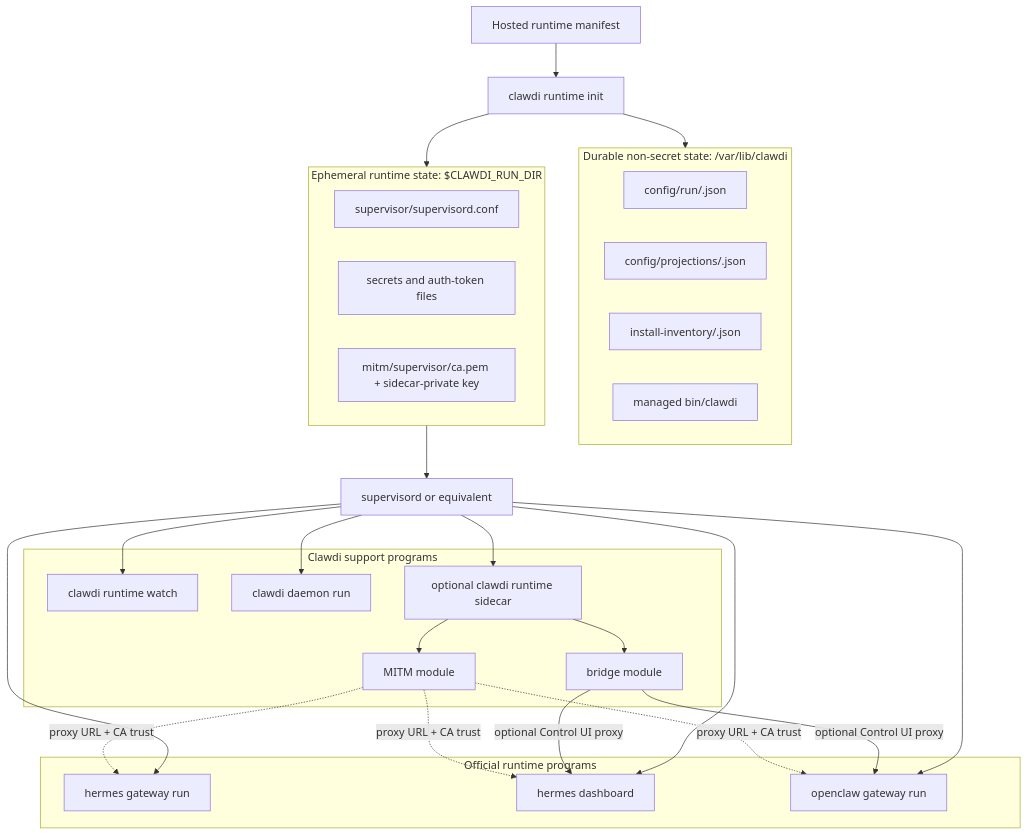
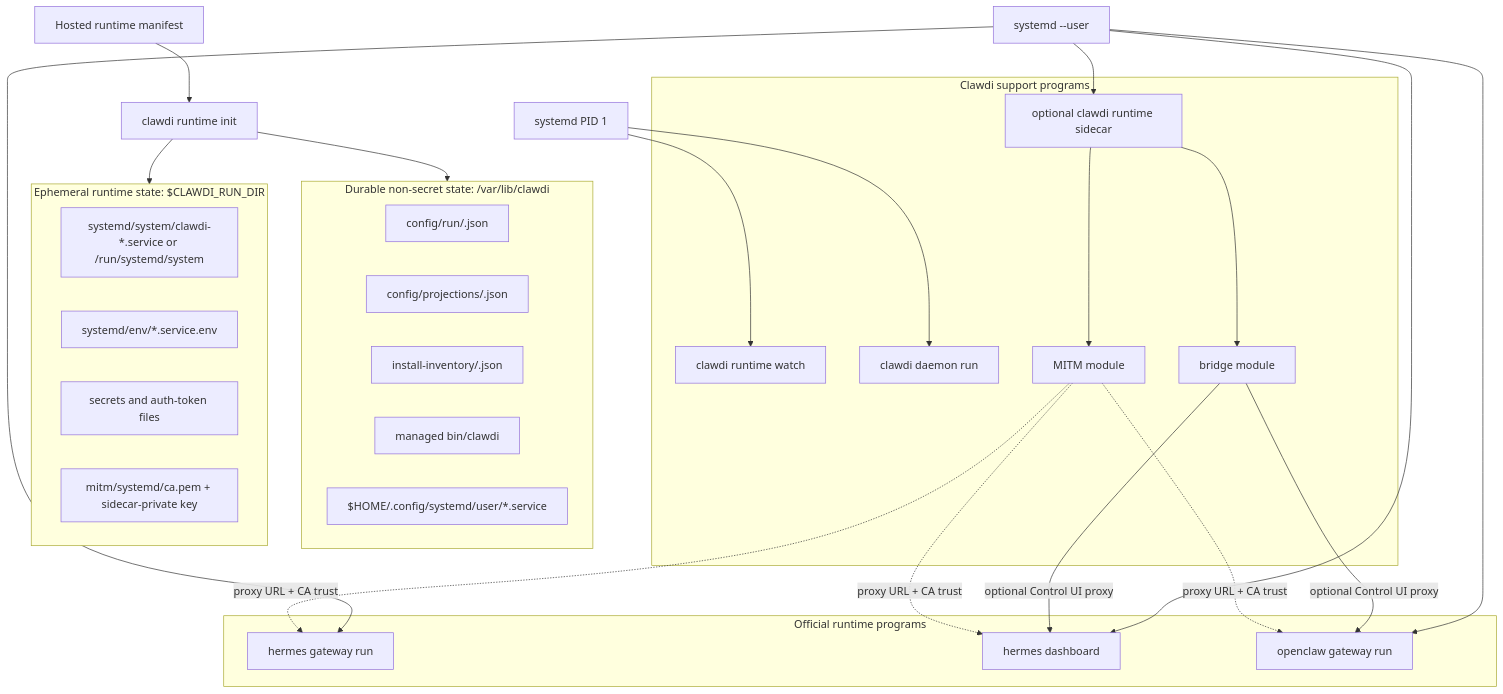
The first of 2 diagrams in docs/managed-runtime.md (Clawdi-AI/clawdi), drawn with Mermaid before and after one commit. The commit also changed other lines of this file and 15 other files, not shown here.

Commit message:
Use official systemd gateway units for hosted runtimes

````diff
--- a/docs/managed-runtime.md
+++ b/docs/managed-runtime.md
@@ -63,49 +65,50 @@
 ```mermaid
 flowchart TB
     CP[Hosted runtime manifest] --> Init[clawdi runtime init]
     Init --> Durable
     Init --> Ephemeral
-    Ephemeral --> Supervisor[supervisord or equivalent]
 
     subgraph Durable["Durable non-secret state: /var/lib/clawdi"]
         RunConfigs[config/run/<runtime>.json]
         Projections[config/projections/<runtime>.json]
         Inventory[install-inventory/<runtime>.json]
         CliBin[managed bin/clawdi]
+        UserUnits[$HOME/.config/systemd/user/*.service]
     end
 
     subgraph Ephemeral["Ephemeral runtime state: $CLAWDI_RUN_DIR"]
-        SupervisorConfig[supervisor/supervisord.conf]
+        SystemUnits[systemd/system/clawdi-*.service or /run/systemd/system]
+        UnitEnv[systemd/env/*.service.env]
         Secrets[secrets and auth-token files]
-        MitmCA[mitm/supervisor/ca.pem + sidecar-private key]
+        MitmCA[mitm/systemd/ca.pem + sidecar-private key]
     end
 
     subgraph Support["Clawdi support programs"]
         Watch[clawdi runtime watch]
         Daemon[clawdi daemon run]
         Sidecar[optional clawdi runtime sidecar]
         Bridge[bridge module]
         Mitm[MITM module]
     end
 
     subgraph Runtime["Official runtime programs"]
         HermesGateway[hermes gateway run]
         HermesDashboard[hermes dashboard]
         OpenClaw[openclaw gateway run]
     end
 
-    Supervisor --> Watch
-    Supervisor --> Daemon
-    Supervisor --> Sidecar
+    Systemd[systemd PID 1] --> Watch
+    Systemd --> Daemon
+    UserSystemd[systemd --user] --> Sidecar
     Sidecar --> Bridge
     Sidecar --> Mitm
-    Supervisor --> HermesGateway
-    Supervisor --> HermesDashboard
-    Supervisor --> OpenClaw
+    UserSystemd --> HermesGateway
+    UserSystemd --> HermesDashboard
+    UserSystemd --> OpenClaw
 
     Bridge -->|optional Control UI proxy| HermesDashboard
     Bridge -->|optional Control UI proxy| OpenClaw
     Mitm -. proxy URL + CA trust .-> HermesGateway
     Mitm -. proxy URL + CA trust .-> HermesDashboard
     Mitm -. proxy URL + CA trust .-> OpenClaw
 ```
````
